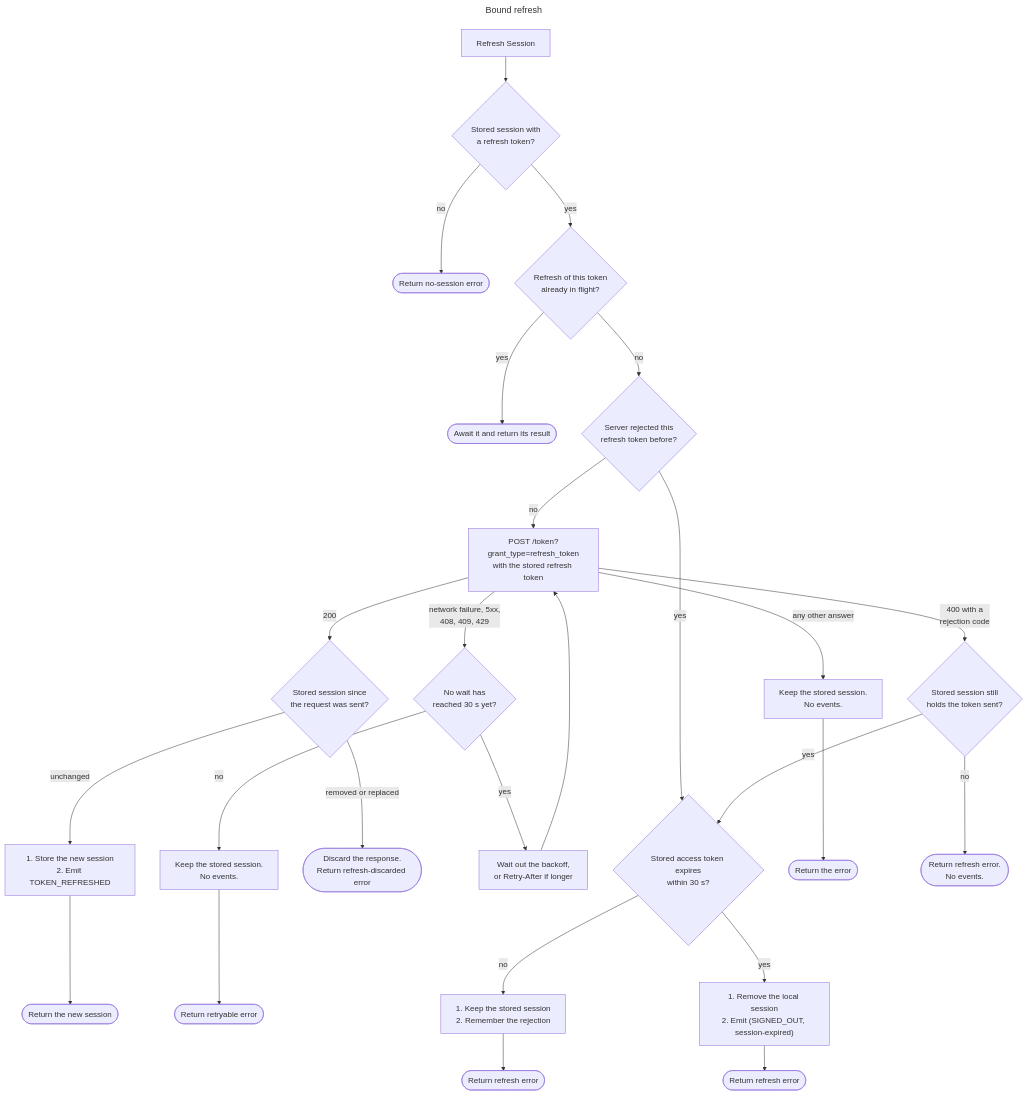
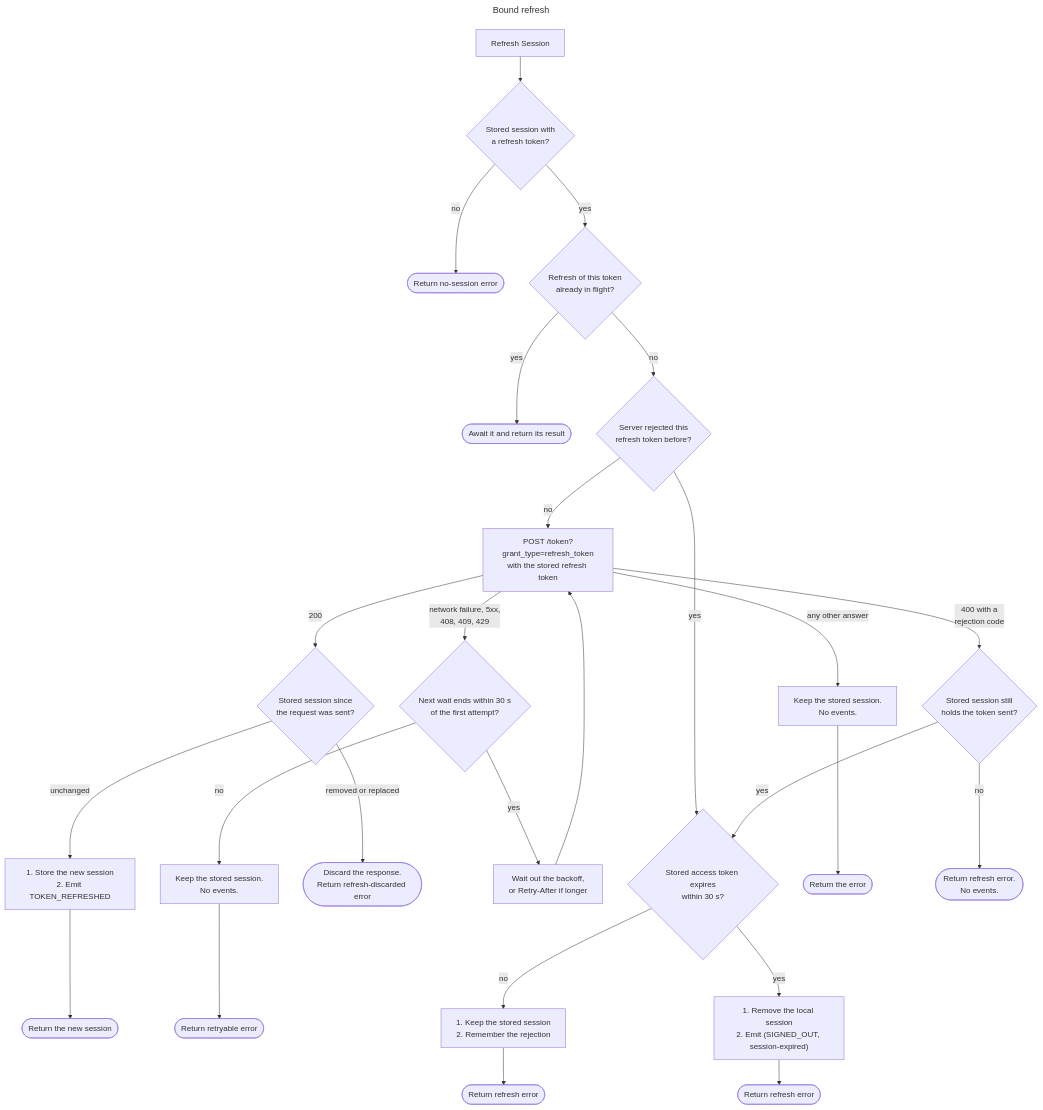
Before and after one commit to supabase/sdk: the diagram in packages/capability-matrix/specs/auth/session/refresh_session.md, drawn with Mermaid. The commit also changed other lines of this file and 10 other files, not shown here.

````diff
--- a/packages/capability-matrix/specs/auth/session/refresh_session.md
+++ b/packages/capability-matrix/specs/auth/session/refresh_session.md
@@ -69,35 +85,35 @@
 ```mermaid
 ---
 title: Bound refresh
 ---
 flowchart TB
     A["Refresh Session"] --> S{"Stored session with<br>a refresh token?"}
     S -- no --> ENS(["Return no-session error"])
     S -- yes --> F{"Refresh of this token<br>already in flight?"}
     F -- yes --> J(["Await it and return its result"])
     F -- no --> P{"Server rejected this<br>refresh token before?"}
     P -- yes --> V
     P -- no --> R["POST /token?grant_type=refresh_token<br>with the stored refresh token"]
 
     R -- 200 --> G{"Stored session since<br>the request was sent?"}
     G -- unchanged --> OK["1. Store the new session<br>2. Emit TOKEN_REFRESHED"]
     OK --> OKR(["Return the new session"])
     G -- "removed or replaced" --> D1(["Discard the response.<br>Return refresh-discarded error"])
 
-    R -- "network failure, 5xx,<br>408, 409, 429" --> B{"No wait has<br>reached 30 s yet?"}
+    R -- "network failure, 5xx,<br>408, 409, 429" --> B{"Next wait ends within 30 s<br>of the first attempt?"}
     B -- yes --> W["Wait out the backoff,<br>or Retry-After if longer"]
     W --> R
     B -- no --> K["Keep the stored session.<br>No events."]
     K --> ET(["Return retryable error"])
 
     R -- "any other answer" --> K2["Keep the stored session.<br>No events."]
     K2 --> EO(["Return the error"])
 
     R -- "400 with a<br>rejection code" --> X{"Stored session still<br>holds the token sent?"}
     X -- no --> EE2(["Return refresh error.<br>No events."])
     X -- yes --> V{"Stored access token expires<br>within 30 s?"}
     V -- no --> EV["1. Keep the stored session<br>2. Remember the rejection"]
     EV --> EVR(["Return refresh error"])
     V -- yes --> RM["1. Remove the local session<br>2. Emit (SIGNED_OUT, session-expired)"]
     RM --> EE(["Return refresh error"])
 ```
````
